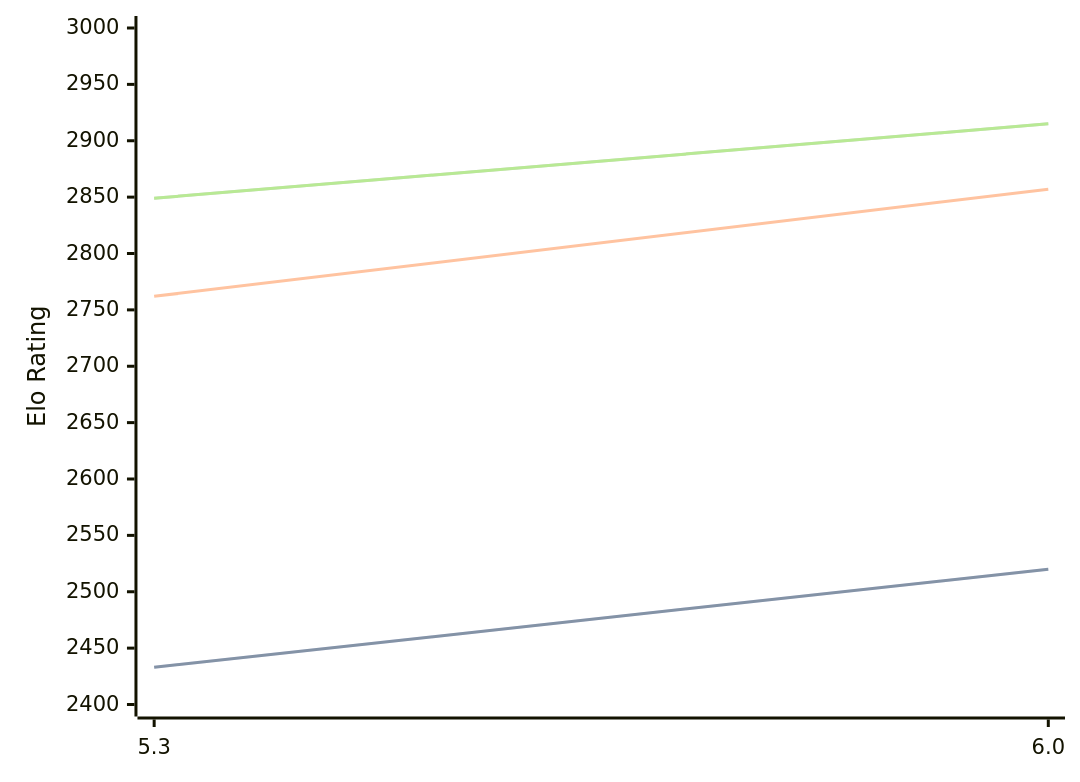
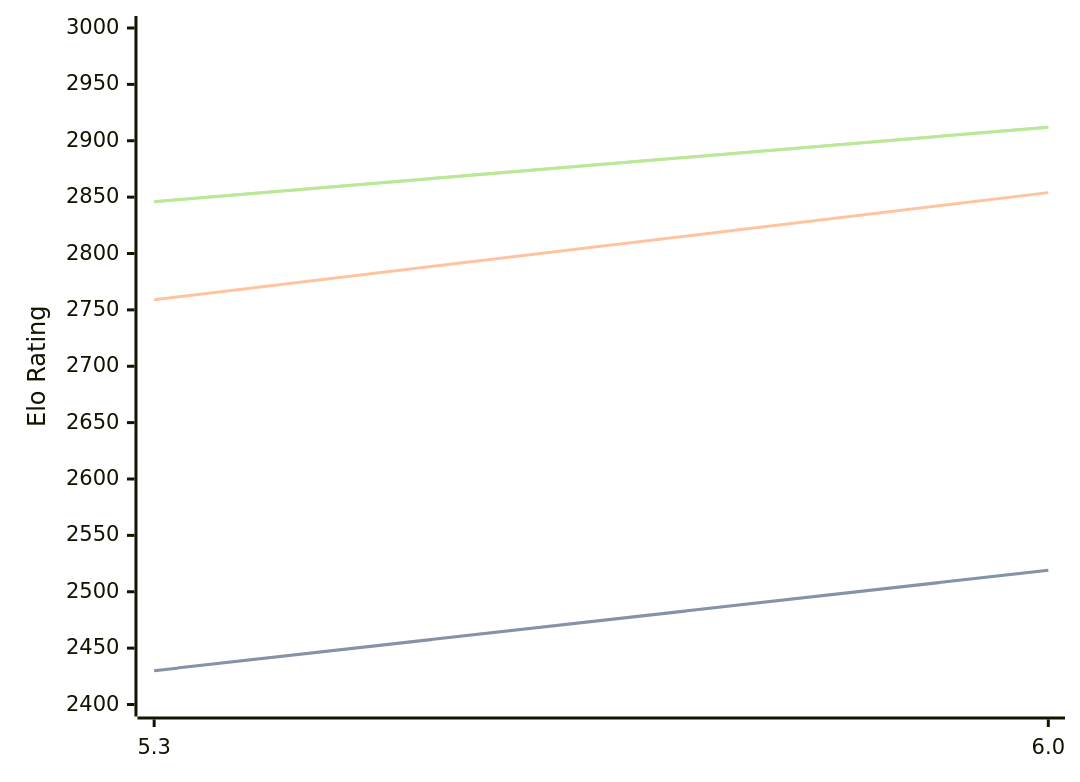
One commit to computer-chess-index/cci changed the diagram in engines/tomitankChess.md. Above: the diagram before and after it, drawn with Mermaid. The commit also changed other lines of this file, not shown here.

Commit message:
Update CCI Ratings (ELO VLTC) - 2026-04-23

````diff
--- a/engines/tomitankChess.md
+++ b/engines/tomitankChess.md
@@ -40,11 +40,11 @@
 ```mermaid
 %%{init: {"theme":"base","themeVariables":{"seriesColors:['#a3a3a3','#222221','#faa371']}}}%%
 xychart-beta
   x-axis ["5.3", "6.0"]
   y-axis "Elo Rating" 2400 --> 3000
-  line "STC (8.0+0.08s)" [2433, 2520]
-  line "STC (8.0+0.08s)" [2433, 2520]
-  line "LTC (60.0+0.60s)" [2762, 2857]
-  line "VLTC (2m24s+1.12s)" [2849, 2915]
-  line "VLTC (2m24s+1.12s)" [2849, 2915]
+  line "STC (8.0+0.08s)" [2430, 2519]
+  line "STC (8.0+0.08s)" [2430, 2519]
+  line "LTC (60.0+0.60s)" [2759, 2854]
+  line "VLTC (2m24s+1.12s)" [2846, 2912]
+  line "VLTC (2m24s+1.12s)" [2846, 2912]
 ```
````
